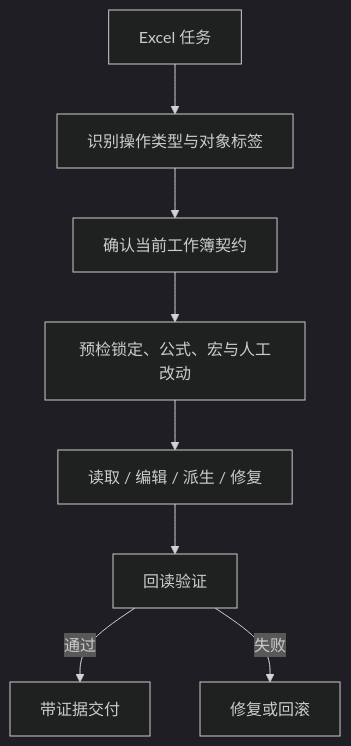
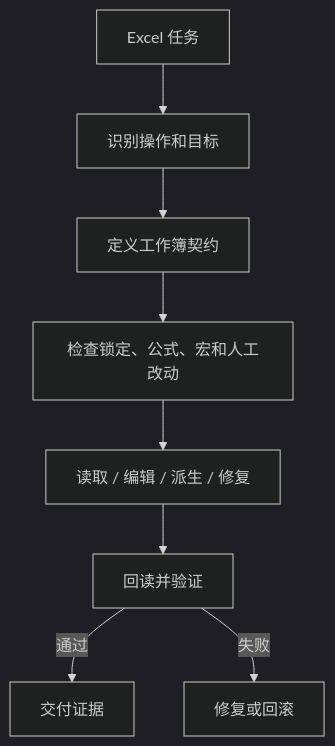
Before and after one commit to bagbag16/excel-collab: the diagram in README.zh.md, drawn with Mermaid (dark theme). The commit also changed other lines of this file, not shown here.

````diff
--- a/README.zh.md
+++ b/README.zh.md
@@ -16,10 +12,10 @@
 ```mermaid
 flowchart TD
-  T["Excel 任务"] --> C["识别操作类型与对象标签"]
-  C --> A["确认当前工作簿契约"]
-  A --> P["预检锁定、公式、宏与人工改动"]
+  T["Excel 任务"] --> C["识别操作和目标"]
+  C --> A["定义工作簿契约"]
+  A --> P["检查锁定、公式、宏和人工改动"]
   P --> E["读取 / 编辑 / 派生 / 修复"]
-  E --> V["回读验证"]
-  V -->|"通过"| D["带证据交付"]
+  E --> V["回读并验证"]
+  V -->|"通过"| D["交付证据"]
   V -->|"失败"| R["修复或回滚"]
 ```
````
